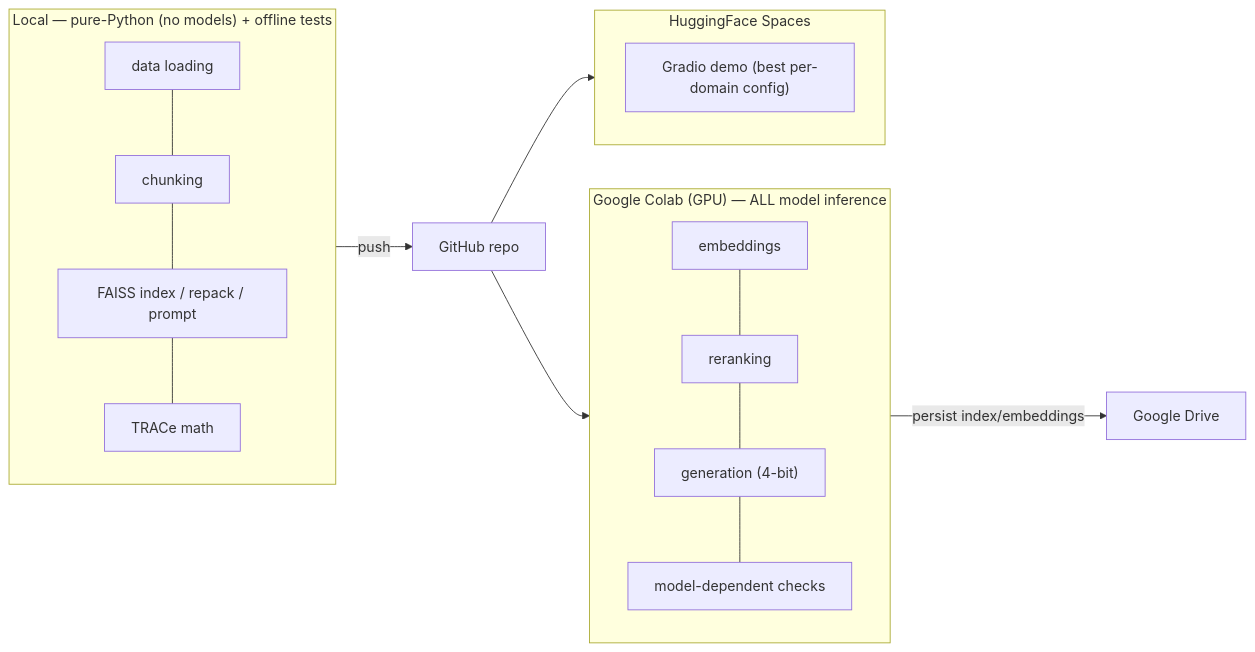
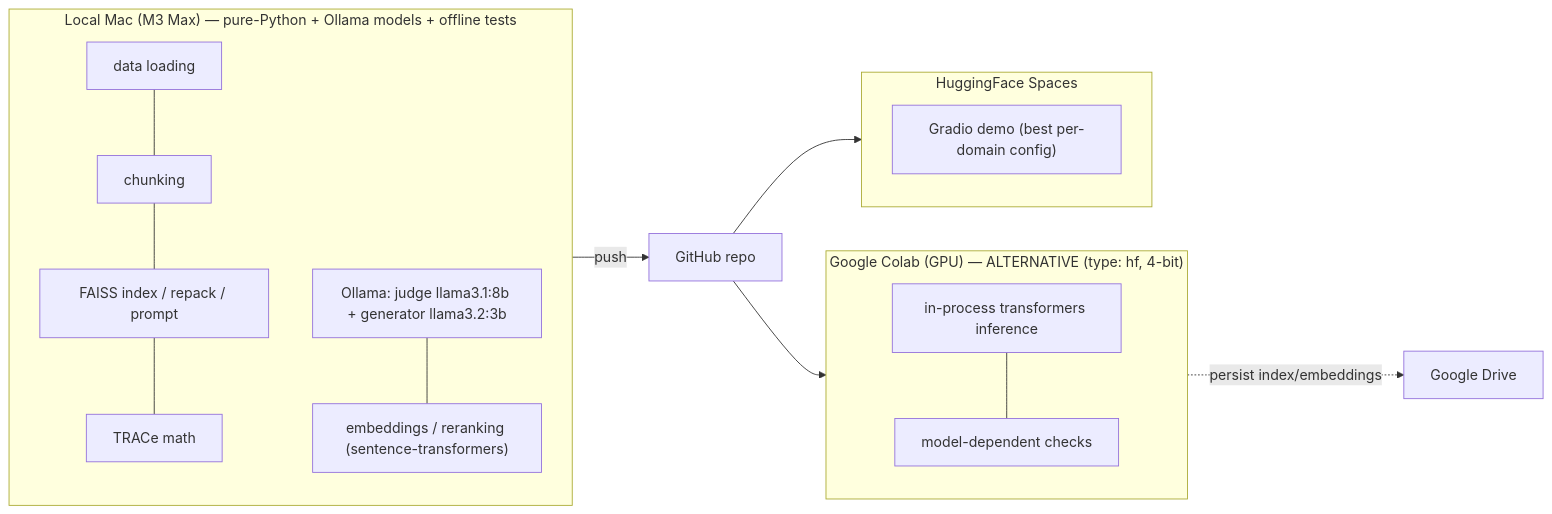
Before and after one commit to abhisagar123/CapstoneRAG: the third of 3 diagrams in docs/HLD.md, drawn with Mermaid. The commit also changed other lines of this file and 11 other files, not shown here.

````diff
--- a/docs/HLD.md
+++ b/docs/HLD.md
@@ -193,16 +193,17 @@
 ```mermaid
 flowchart LR
-    subgraph local["Local — pure-Python (no models) + offline tests"]
+    subgraph local["Local Mac (M3 Max) — pure-Python + Ollama models + offline tests"]
         DL["data loading"] --- CHK["chunking"] --- IDXP["FAISS index / repack / prompt"] --- EVALM["TRACe math"]
+        OLL["Ollama: judge llama3.1:8b + generator llama3.2:3b"] --- EMBL["embeddings / reranking (sentence-transformers)"]
     end
-    subgraph colab["Google Colab (GPU) — ALL model inference"]
-        EMB["embeddings"] --- RERANK["reranking"] --- GENC["generation (4-bit)"] --- VAL["model-dependent checks"]
+    subgraph colab["Google Colab (GPU) — ALTERNATIVE (type: hf, 4-bit)"]
+        GENC["in-process transformers inference"] --- VAL["model-dependent checks"]
     end
     subgraph hf["HuggingFace Spaces"]
         GR["Gradio demo (best per-domain config)"]
     end
     local -->|push| REPO["GitHub repo"]
     REPO --> colab
-    colab -->|persist index/embeddings| DRIVE["Google Drive"]
+    colab -.persist index/embeddings.-> DRIVE["Google Drive"]
     REPO --> hf
 ```
````
